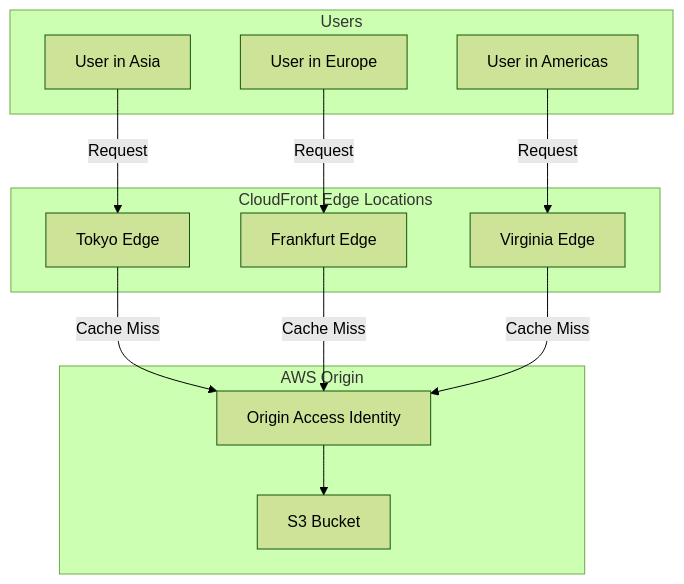
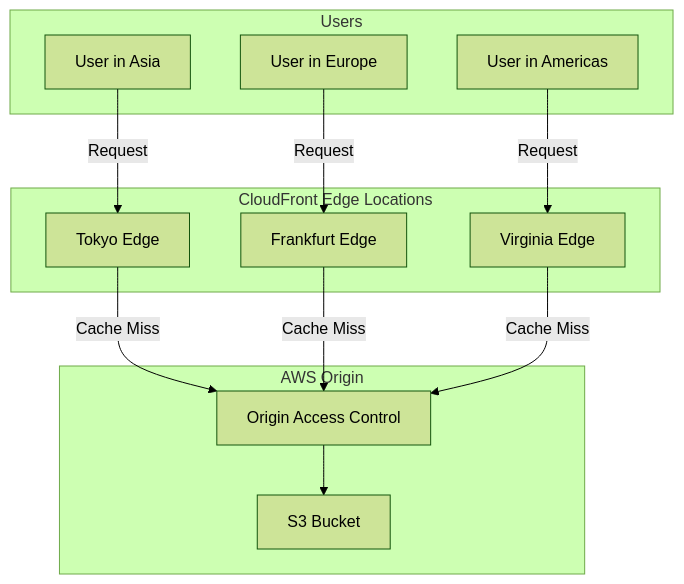
Before and after one commit to OneUptime/blog: the first of 3 diagrams in posts/2026-01-26-cloudfront-static-assets/README.md, drawn with Mermaid (forest theme). The commit also changed other lines of this file and 2 other files, not shown here.

````diff
--- a/posts/2026-01-26-cloudfront-static-assets/README.md
+++ b/posts/2026-01-26-cloudfront-static-assets/README.md
@@ -15,28 +15,28 @@
 ```mermaid
 flowchart TD
     subgraph "Users"
         U1[User in Asia]
         U2[User in Europe]
         U3[User in Americas]
     end
 
     subgraph "CloudFront Edge Locations"
         E1[Tokyo Edge]
         E2[Frankfurt Edge]
         E3[Virginia Edge]
     end
 
     subgraph "AWS Origin"
         S3[S3 Bucket]
-        OAI[Origin Access Identity]
+        OAC[Origin Access Control]
     end
 
     U1 -->|Request| E1
     U2 -->|Request| E2
     U3 -->|Request| E3
 
-    E1 -->|Cache Miss| OAI
-    E2 -->|Cache Miss| OAI
-    E3 -->|Cache Miss| OAI
-    OAI --> S3
+    E1 -->|Cache Miss| OAC
+    E2 -->|Cache Miss| OAC
+    E3 -->|Cache Miss| OAC
+    OAC --> S3
 ```
````
